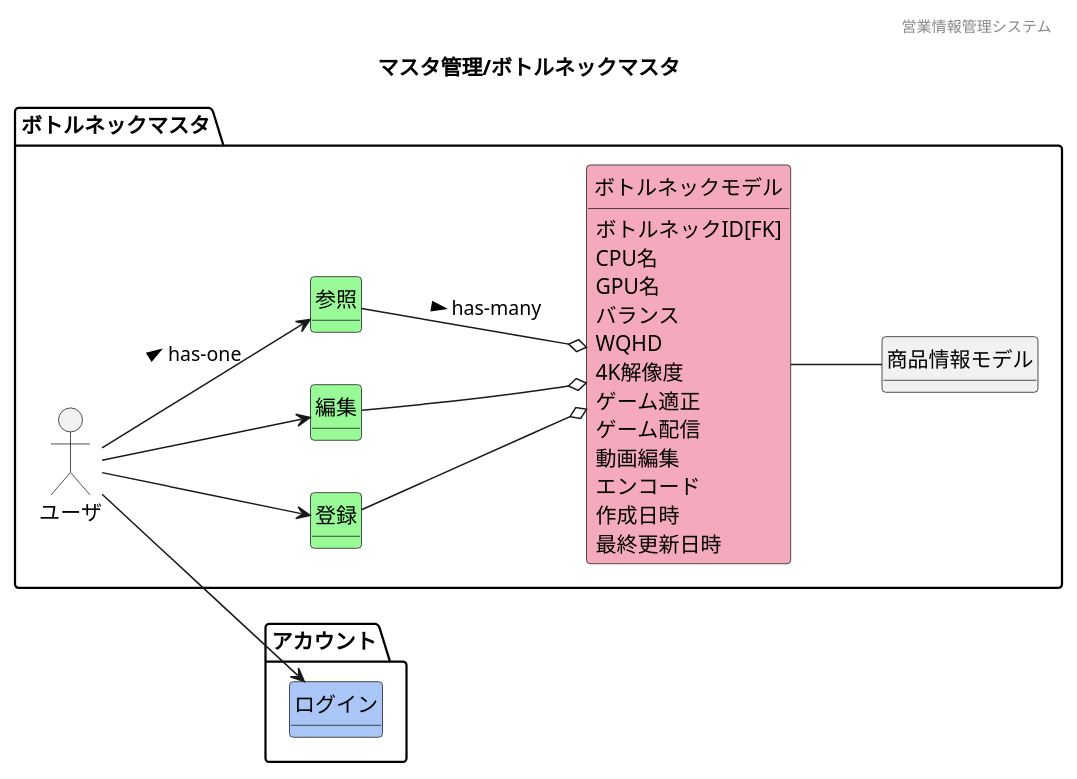
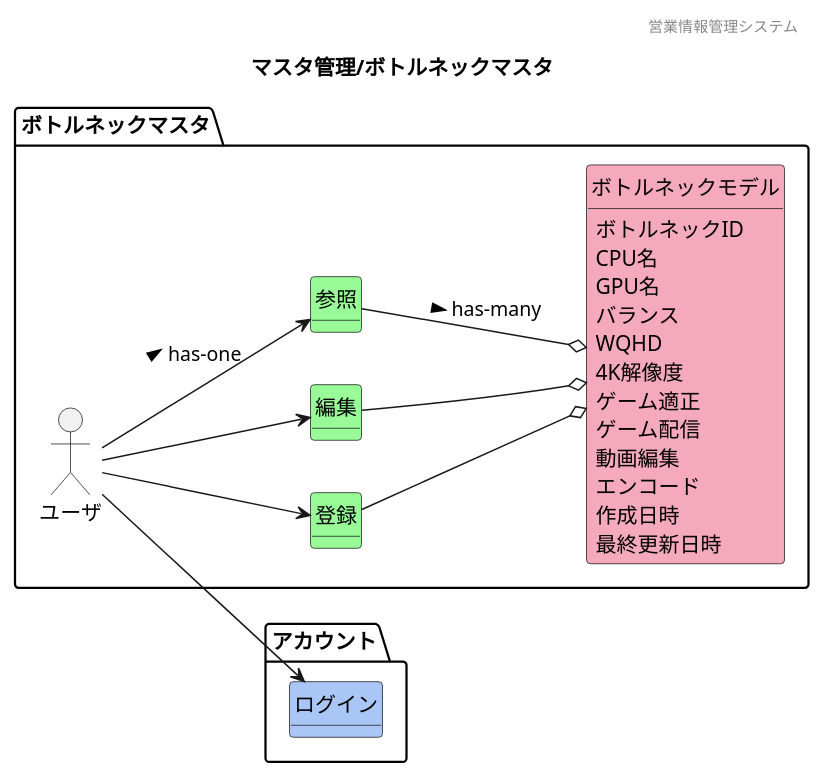
One commit to HaruShim/Sotuken changed the diagram in 各種設計書/1ドメインモデル図/マスタ管理/F06ボトルネックマスタ.plantuml. Above: the diagram before and after it, drawn with PlantUML. The commit also changed 11 other files, not shown here.

```diff
--- a/各種設計書/1ドメインモデル図/マスタ管理/F06ボトルネックマスタ.plantuml
+++ b/各種設計書/1ドメインモデル図/マスタ管理/F06ボトルネックマスタ.plantuml
@@ -1,60 +1,58 @@
 @startuml images/マスタ管理/ボトルネックマスタ
 ' ヘッダー
 header 営業情報管理システム
 ' タイトル
 title マスタ管理/ボトルネックマスタ
 ' 
 hide circle
 ' 
 hide method
 left to right direction
 
 package "アカウント"{
     class "ログイン" #A9C6F6
 
 }
 
 package "ボトルネックマスタ" {
     'ユーザや外部システム
     mix_actor "ユーザ"
     class "登録" #98fb98
     class "編集" #98fb98
     class "参照" #98fb98
     class "ボトルネックモデル" #F5A9BC
-    class "商品情報モデル"
     ' class "" #F5A9BC
     ' class "" #ffd700
 
     'モデル同士の関係
     ユーザ --> 参照 : > has-one
     ユーザ --> 編集
     ユーザ --> 登録
     ユーザ --> ログイン
     参照 --o ボトルネックモデル : > has-many
     編集 --o ボトルネックモデル
     登録 --o ボトルネックモデル
-    ボトルネックモデル -- 商品情報モデル
 
     ' ボトルネックモデル
 
     'ドメインクラスの属性
-    ボトルネックモデル : ボトルネックID[FK]
+    ボトルネックモデル : ボトルネックID
     ボトルネックモデル : CPU名
     ボトルネックモデル : GPU名
     ボトルネックモデル : バランス
     ボトルネックモデル : WQHD
     ボトルネックモデル : 4K解像度
     ボトルネックモデル : ゲーム適正
     ボトルネックモデル : ゲーム配信
     ボトルネックモデル : 動画編集
     ボトルネックモデル : エンコード
     ボトルネックモデル : 作成日時
     ボトルネックモデル : 最終更新日時
 
 
 
 }
 
 
 
 @enduml
```
